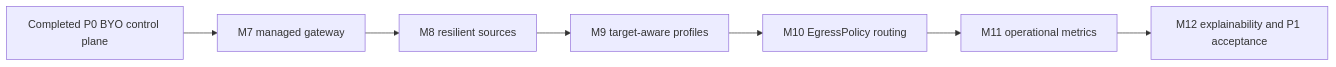
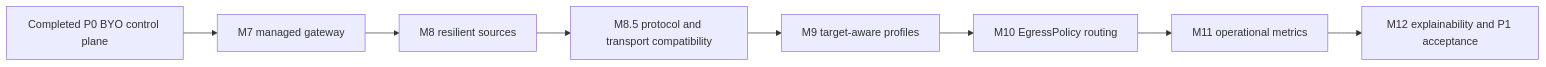
The diagram in docs/roadmap/p1.md (egressfox-io/egressfox), drawn with Mermaid before and after one commit. The commit also changed other lines of this file and 5 other files, not shown here.

Commit message:
📝 docs(roadmap): record M8 hardening qualification and M8.5 handoff

````diff
--- a/docs/roadmap/p1.md
+++ b/docs/roadmap/p1.md
@@ -105,9 +110,10 @@
 ```mermaid
 flowchart LR
     P0[Completed P0 BYO control plane] --> M7[M7 managed gateway]
     M7 --> M8[M8 resilient sources]
-    M8 --> M9[M9 target-aware profiles]
+    M8 --> M85[M8.5 protocol and transport compatibility]
+    M85 --> M9[M9 target-aware profiles]
     M9 --> M10[M10 EgressPolicy routing]
     M10 --> M11[M11 operational metrics]
     M11 --> M12[M12 explainability and P1 acceptance]
 ```
````
